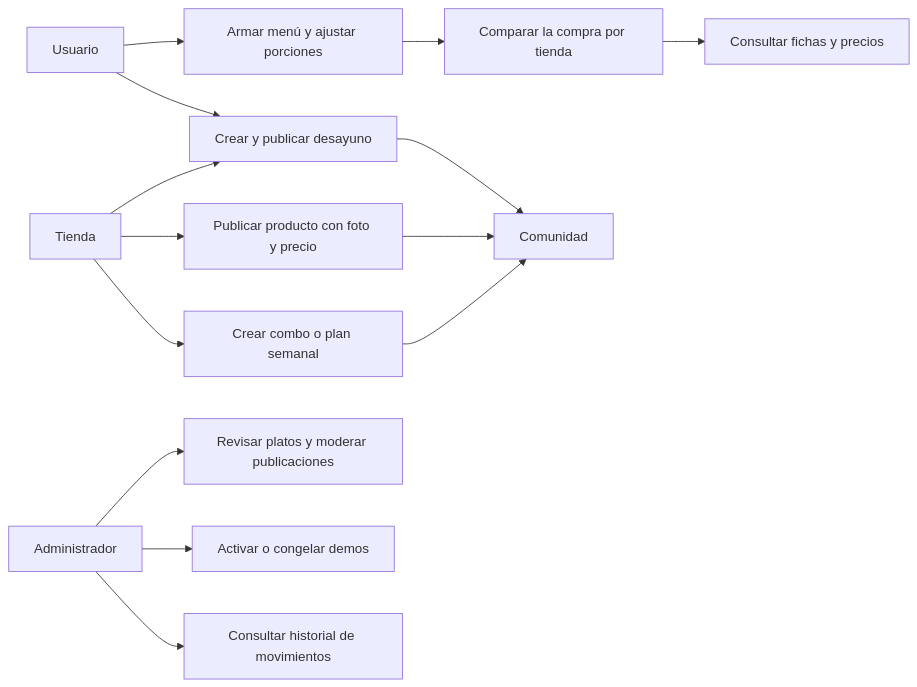
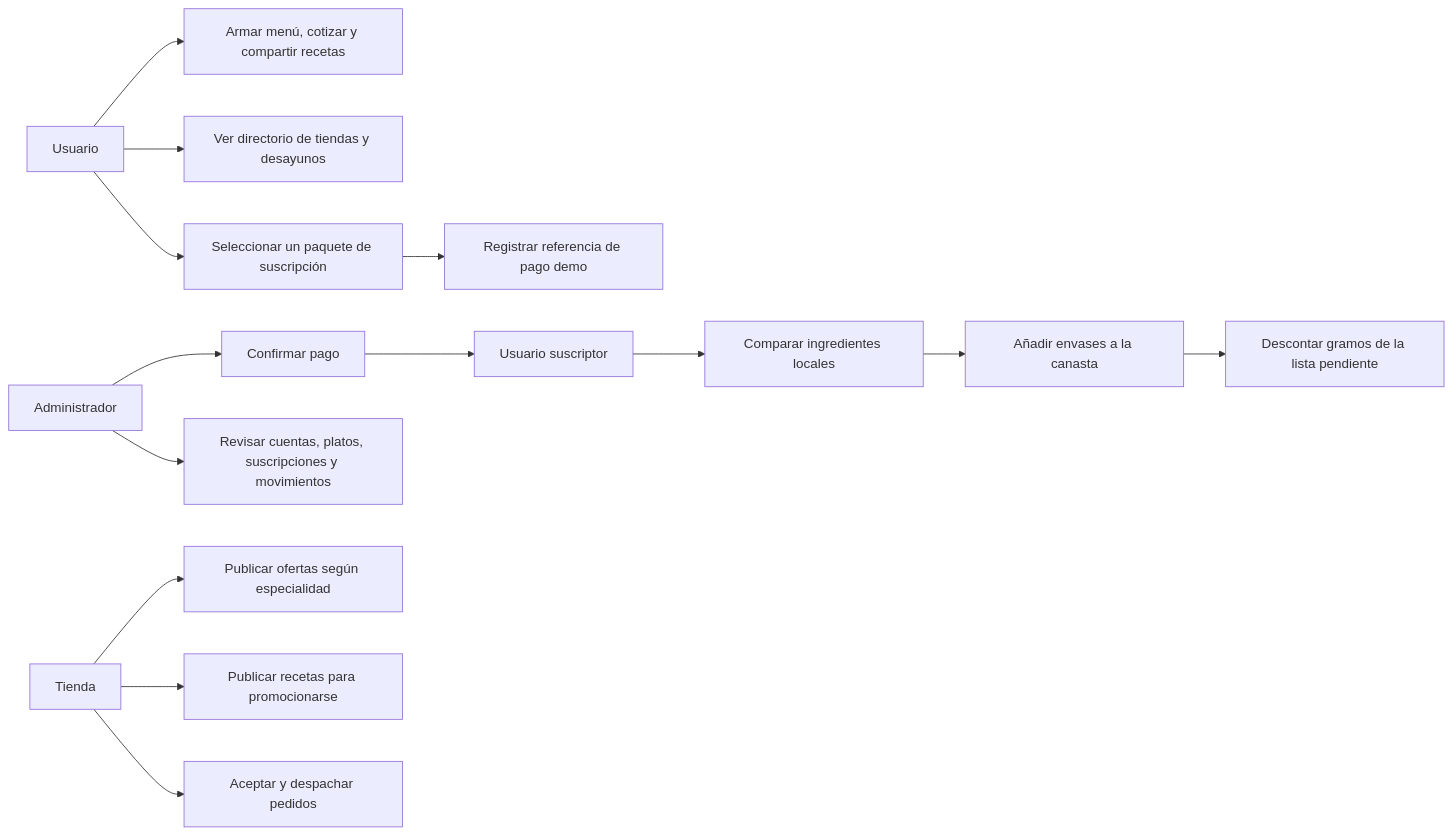
The first of 2 diagrams in CASOS-DE-USO.md (Aarooness/mesa-semanal-jack), drawn with Mermaid before and after one commit. The commit also changed other lines of this file and 11 other files, not shown here.

Commit message:
Integra tiendas locales, canasta por gramos y pedidos con suscripción

````diff
--- a/CASOS-DE-USO.md
+++ b/CASOS-DE-USO.md
@@ -5,16 +5,16 @@
 ```mermaid
 flowchart LR
- U[Usuario] --> M[Armar menú y ajustar porciones]
- M --> C[Comparar la compra por tienda]
- C --> F[Consultar fichas y precios]
- U --> R[Crear y publicar desayuno]
- T[Tienda] --> R
- T --> P[Publicar producto con foto y precio]
- T --> O[Crear combo o plan semanal]
- R --> COM[Comunidad]
- P --> COM
- O --> COM
- A[Administrador] --> MOD[Revisar platos y moderar publicaciones]
- A --> SUS[Activar o congelar demos]
- A --> H[Consultar historial de movimientos]
+ U[Usuario] --> M[Armar menú, cotizar y compartir recetas]
+ U --> D[Ver directorio de tiendas y desayunos]
+ U --> S[Seleccionar un paquete de suscripción]
+ S --> P[Registrar referencia de pago demo]
+ A[Administrador] --> V[Confirmar pago]
+ V --> SU[Usuario suscriptor]
+ SU --> L[Comparar ingredientes locales]
+ L --> C[Añadir envases a la canasta]
+ C --> R[Descontar gramos de la lista pendiente]
+ T[Tienda] --> O[Publicar ofertas según especialidad]
+ T --> REC[Publicar recetas para promocionarse]
+ T --> E[Aceptar y despachar pedidos]
+ A --> MOD[Revisar cuentas, platos, suscripciones y movimientos]
 ```
````
